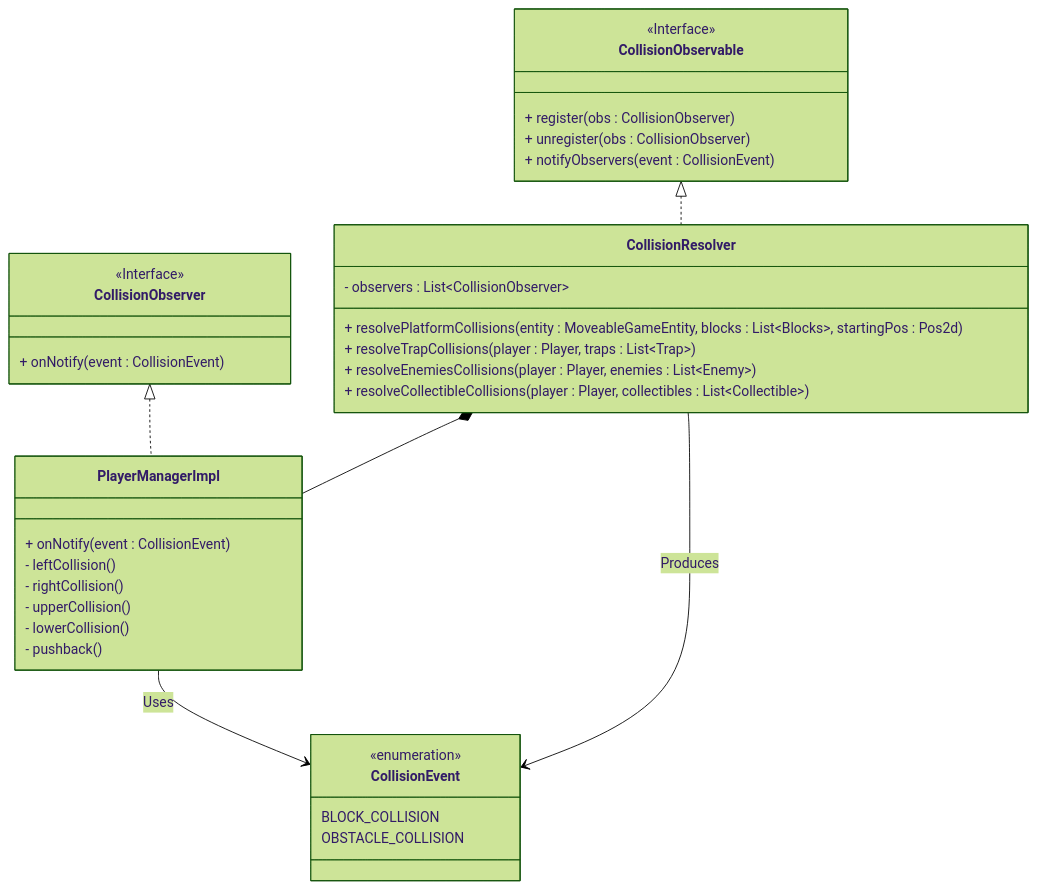
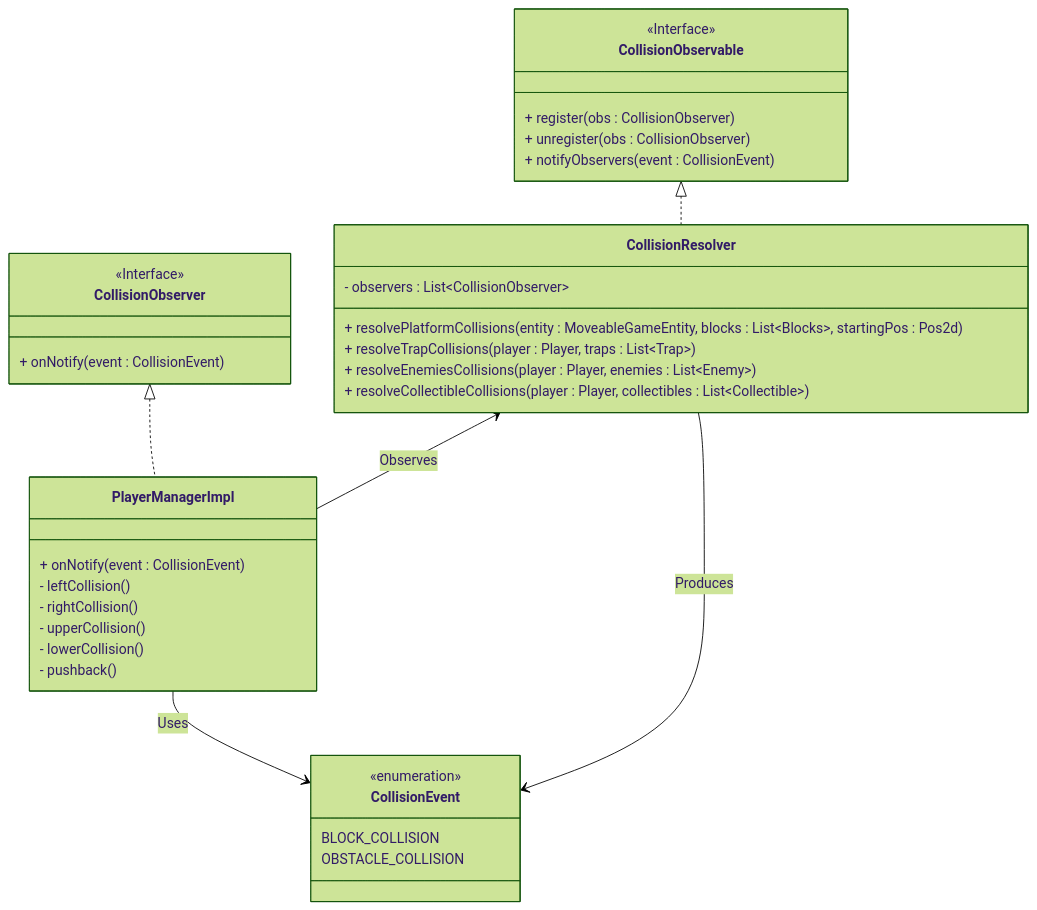
One commit to unibo-oop-projects/OOP23-FilippoMassariFilippoMassari6studio-MatteoBagnolini-FilippoMassari-SaadElMaliki-Matteo-SUPSON changed the third of 8 diagrams in report.md. Above: the diagram before and after it, drawn with Mermaid (forest theme). The commit also changed other lines of this file, not shown here.

````diff
--- a/report.md
+++ b/report.md
@@ -132,45 +133,45 @@
 ```mermaid
 classDiagram
     
     class CollisionObservable {
         <<Interface>>
         + register(obs : CollisionObserver)
         + unregister(obs : CollisionObserver)
         + notifyObservers(event : CollisionEvent)
     }
 
     class CollisionObserver {
         <<Interface>>
         + onNotify(event : CollisionEvent)
     }
 
     class CollisionResolver {
         - observers : List~CollisionObserver~
         + resolvePlatformCollisions(entity : MoveableGameEntity, blocks : List~Blocks~, startingPos : Pos2d)
         + resolveTrapCollisions(player : Player, traps : List~Trap~)
         + resolveEnemiesCollisions(player : Player, enemies : List~Enemy~)
         + resolveCollectibleCollisions(player : Player, collectibles : List~Collectible~)
     }
 
     class PlayerManagerImpl {
         + onNotify(event : CollisionEvent)
         - leftCollision()
         - rightCollision()
         - upperCollision()
         - lowerCollision()
         - pushback()
     }
 
     class CollisionEvent {
         <<enumeration>>
         BLOCK_COLLISION
         OBSTACLE_COLLISION
     }
 
     CollisionObservable <|.. CollisionResolver
     CollisionObserver <|.. PlayerManagerImpl
-    CollisionResolver *-- PlayerManagerImpl
+    CollisionResolver <-- PlayerManagerImpl : Observes
     CollisionResolver --> CollisionEvent : Produces
     PlayerManagerImpl --> CollisionEvent : Uses
 
 ```
````
